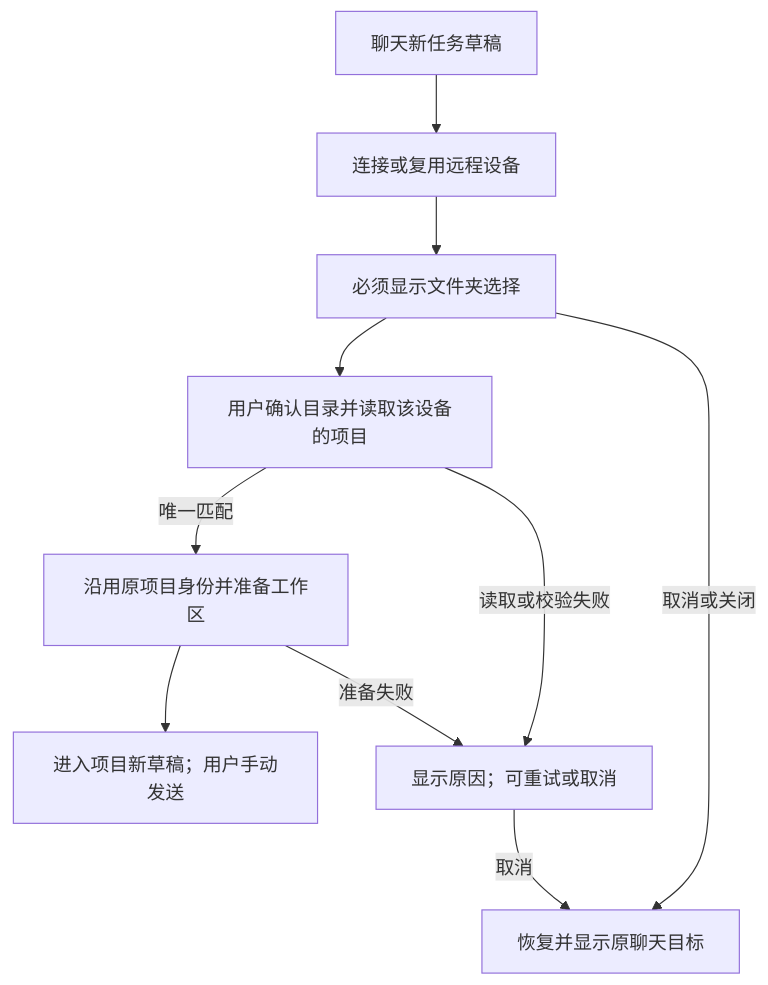
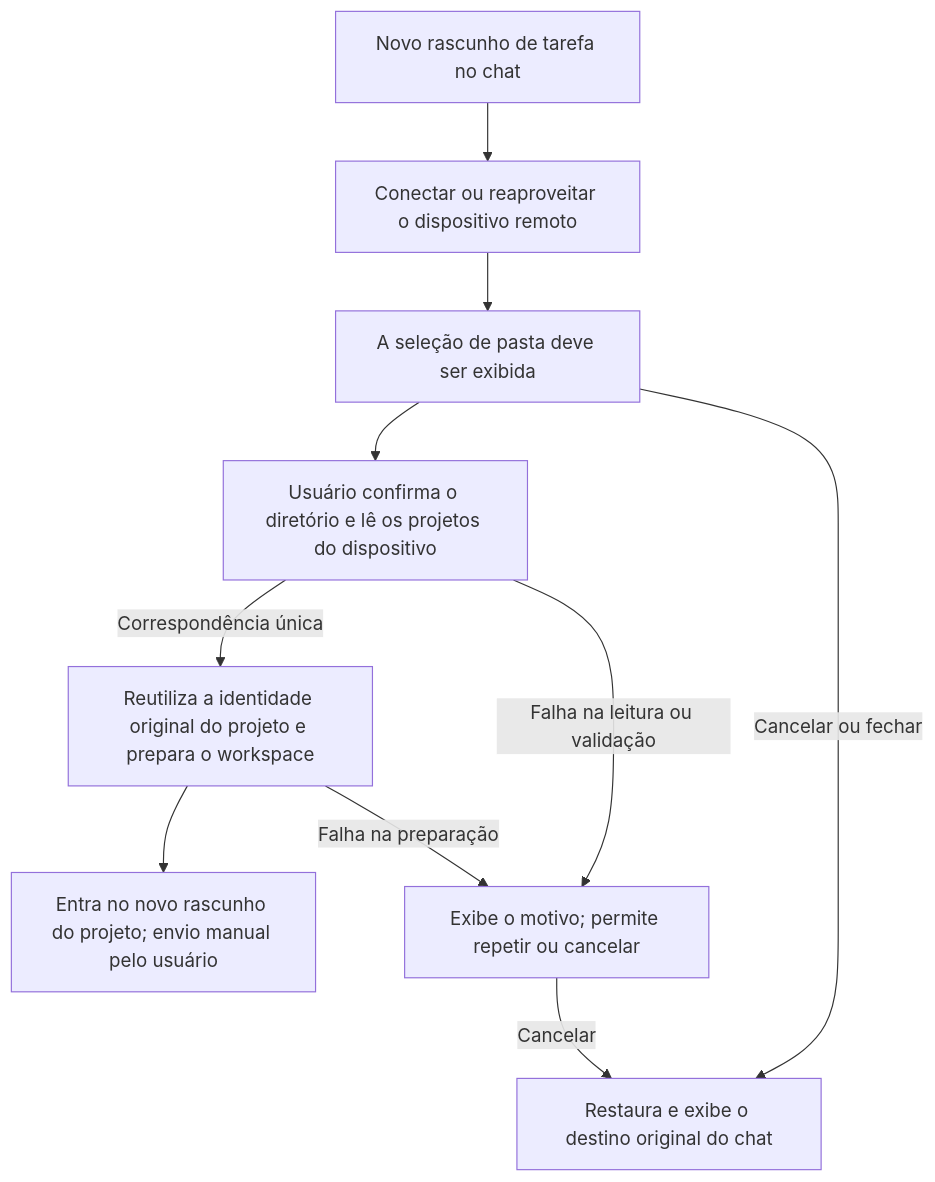
One commit to JoaoNetoDev/BR-Code changed the diagram in docs/issues/remote-connection-ux/23-chat-remote-folder-existing-project.md. Above: the diagram before and after it, drawn with Mermaid. The commit also changed other lines of this file and 177 other files, not shown here.

````diff
--- a/docs/issues/remote-connection-ux/23-chat-remote-folder-existing-project.md
+++ b/docs/issues/remote-connection-ux/23-chat-remote-folder-existing-project.md
@@ -13,12 +13,12 @@
 ```mermaid
 flowchart TD
-    A[聊天新任务草稿] --> B[连接或复用远程设备]
-    B --> C[必须显示文件夹选择]
-    C --> D[用户确认目录并读取该设备的项目]
-    D -->|唯一匹配| E[沿用原项目身份并准备工作区]
-    E --> F[进入项目新草稿；用户手动发送]
-    C -->|取消或关闭| G[恢复并显示原聊天目标]
-    D -->|读取或校验失败| H[显示原因；可重试或取消]
-    E -->|准备失败| H
-    H -->|取消| G
+    A[Novo rascunho de tarefa no chat] --> B[Conectar ou reaproveitar o dispositivo remoto]
+    B --> C[A seleção de pasta deve ser exibida]
+    C --> D[Usuário confirma o diretório e lê os projetos do dispositivo]
+    D -->|Correspondência única| E[Reutiliza a identidade original do projeto e prepara o workspace]
+    E --> F[Entra no novo rascunho do projeto; envio manual pelo usuário]
+    C -->|Cancelar ou fechar| G[Restaura e exibe o destino original do chat]
+    D -->|Falha na leitura ou validação| H[Exibe o motivo; permite repetir ou cancelar]
+    E -->|Falha na preparação| H
+    H -->|Cancelar| G
 ```
````
